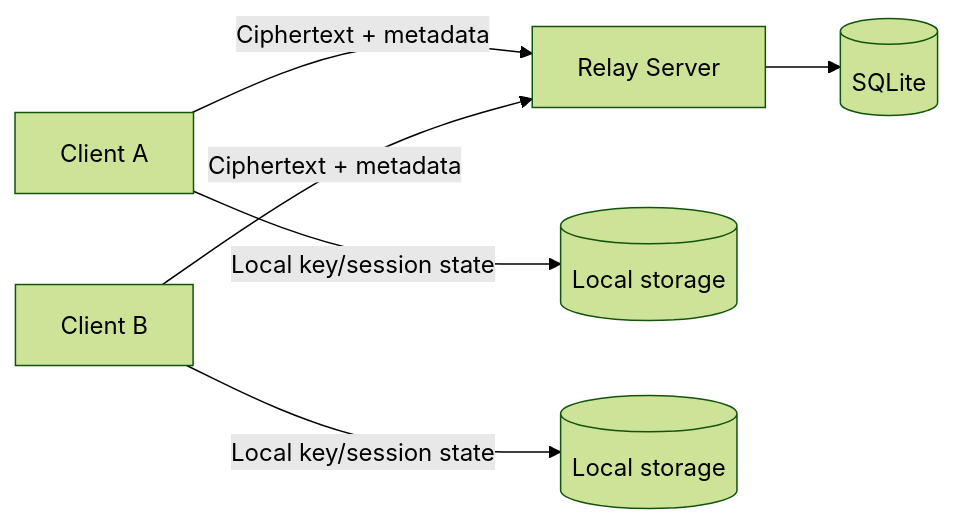
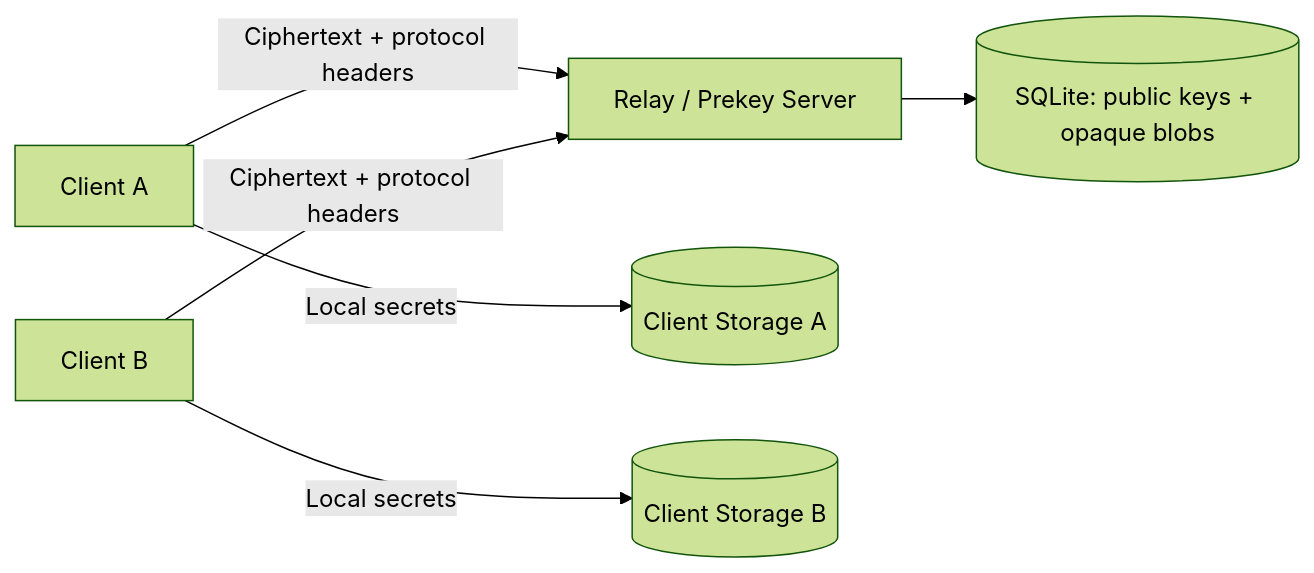
The diagram in docs/THREAT_MODEL.md (ErenAri/post-quantum-messaging-app), drawn with Mermaid (forest theme) before and after one commit. The commit also changed other lines of this file and 21 other files, not shown here.

````diff
--- a/docs/THREAT_MODEL.md
+++ b/docs/THREAT_MODEL.md
@@ -31,8 +27,8 @@
 ```mermaid
 flowchart LR
-    C1[Client A] -->|Ciphertext + metadata| RS[Relay Server]
-    C2[Client B] -->|Ciphertext + metadata| RS
-    C1 -->|Local key/session state| LS1[(Local storage)]
-    C2 -->|Local key/session state| LS2[(Local storage)]
-    RS --> DB[(SQLite)]
+    A[Client A] -->|Ciphertext + protocol headers| R[Relay / Prekey Server]
+    B[Client B] -->|Ciphertext + protocol headers| R
+    A -->|Local secrets| SA[(Client Storage A)]
+    B -->|Local secrets| SB[(Client Storage B)]
+    R --> DB[(SQLite: public keys + opaque blobs)]
 ```
````
